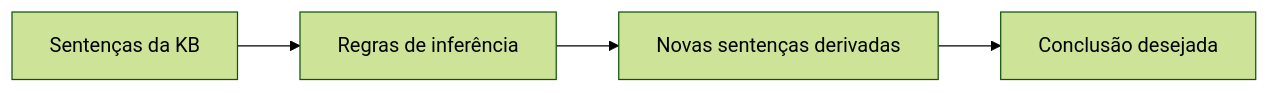
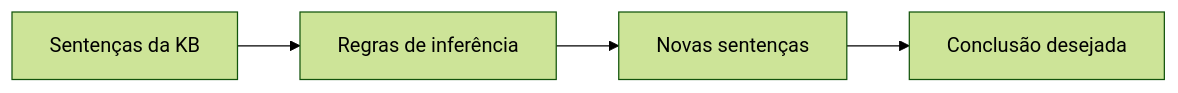
Before and after one commit to tiagofga/EC-IA: the eighth of 10 diagrams in notas/05-logica/README.md, drawn with Mermaid (forest theme). The commit also changed other lines of this file, not shown here.

````diff
--- a/notas/05-logica/README.md
+++ b/notas/05-logica/README.md
@@ -229,6 +236,6 @@
 ```mermaid
 flowchart LR
-    KB[Sentenças da KB] --> R[Regras de inferência]
-    R --> D[Novas sentenças derivadas]
-    D --> G[Conclusão desejada]
+    K["Sentenças da KB"] --> R["Regras de inferência"]
+    R --> D["Novas sentenças"]
+    D --> G["Conclusão desejada"]
 ```
````
